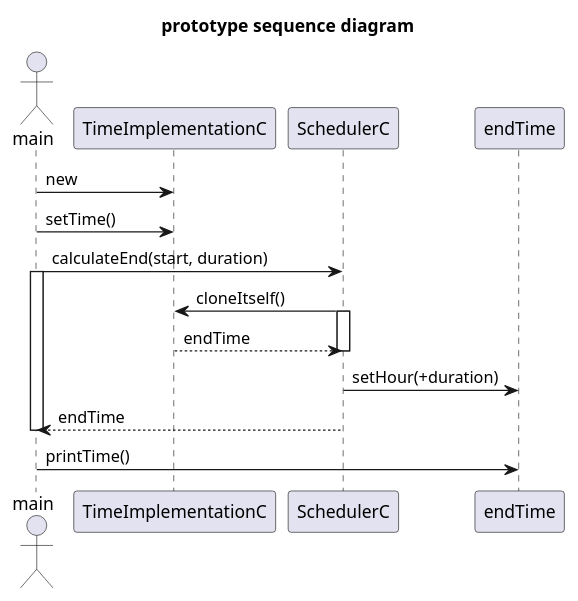
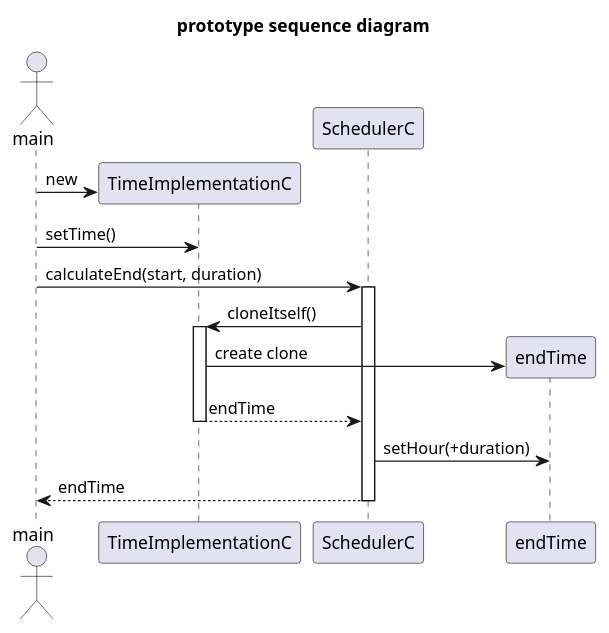
One commit to freeuni-sdp/lab-uml-2016 changed the diagram in Prototype/uml/SequenceDiagram.puml. Above: the diagram before and after it, drawn with PlantUML. The commit also changed 2 other files, not shown here.

Commit message:
added images and fixed sequence diagram activations

```diff
--- a/Prototype/uml/SequenceDiagram.puml
+++ b/Prototype/uml/SequenceDiagram.puml
@@ -1,19 +1,20 @@
 @startuml
 title prototype sequence diagram
 
 actor main
-
+create TimeImplementationC
 main -> TimeImplementationC: new
 main -> TimeImplementationC: setTime()
 main -> SchedulerC: calculateEnd(start, duration)
-activate main
+activate SchedulerC
 
 SchedulerC -> TimeImplementationC: cloneItself()
-activate SchedulerC
-return endTime
-deactivate SchedulerC
+activate TimeImplementationC
+create endTime
+TimeImplementationC -> endTime: create clone
+TimeImplementationC --> SchedulerC: endTime
+deactivate TimeImplementationC
 SchedulerC -> endTime: setHour(+duration)
 SchedulerC --> main: endTime
-deactivate main
-main->endTime: printTime()
+deactivate SchedulerC
 @enduml
```
